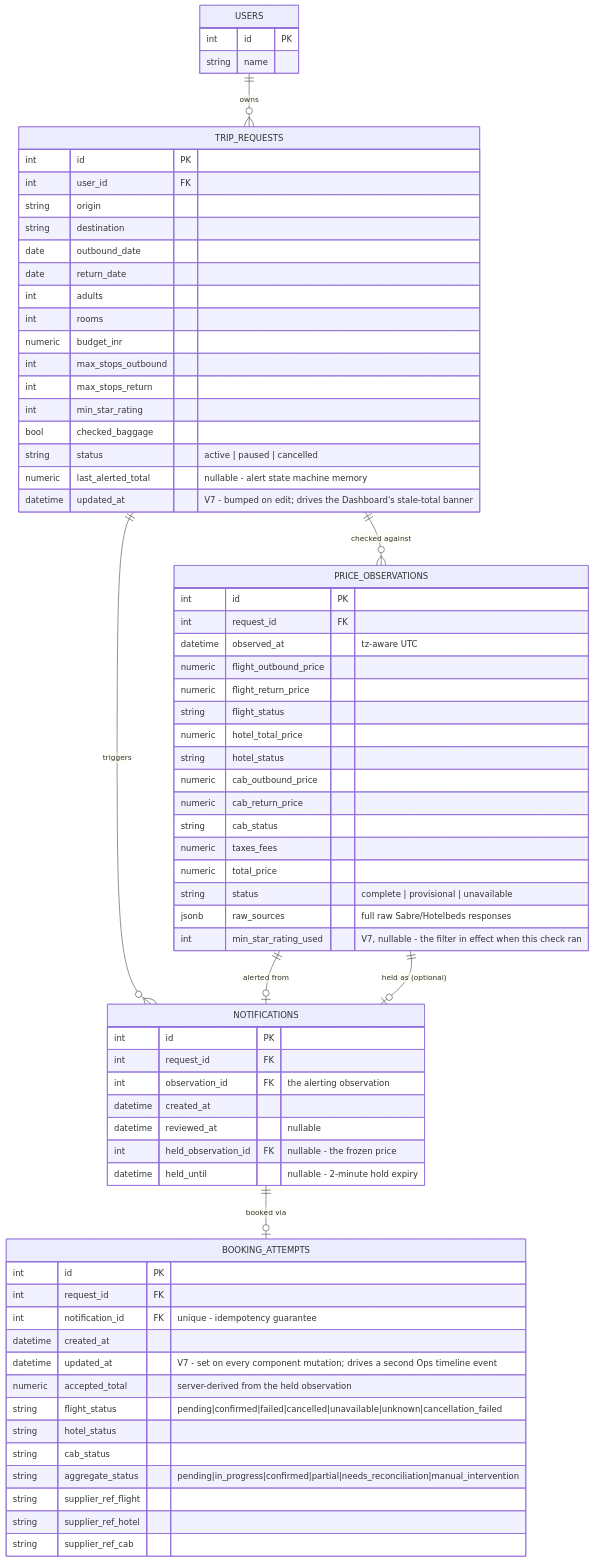
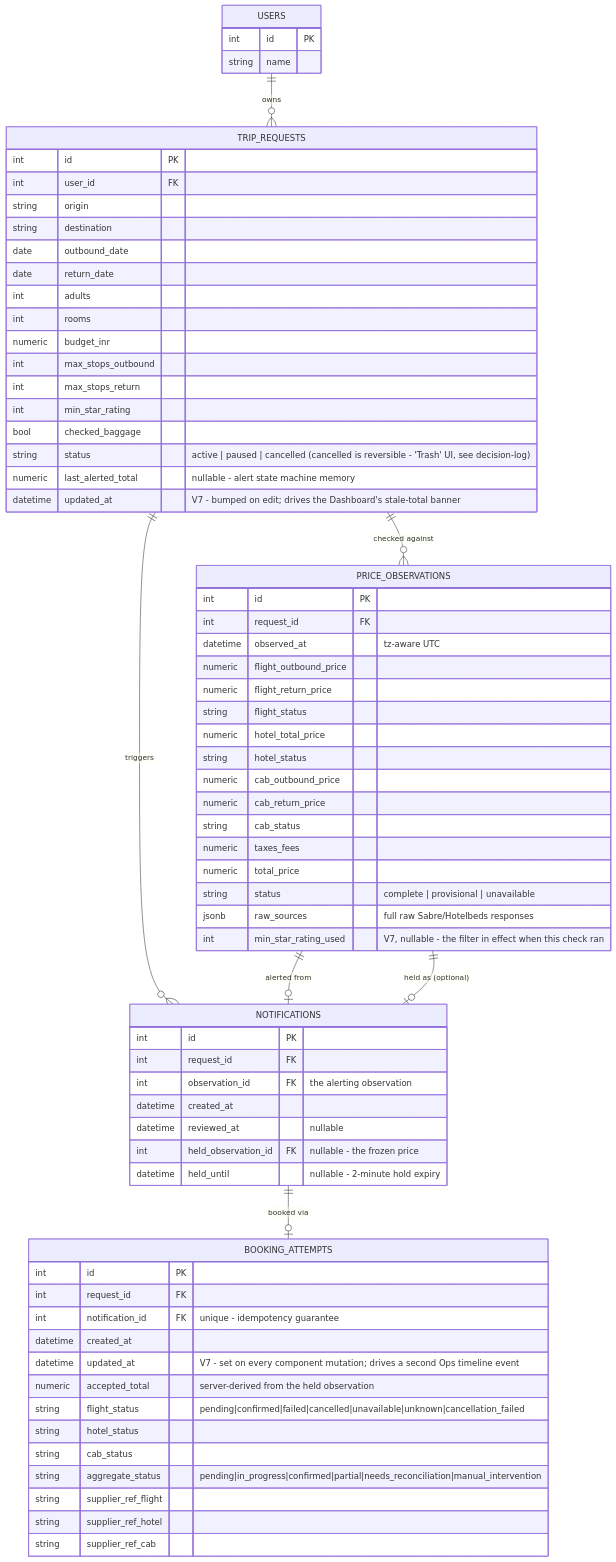
Before and after one commit to abhinavsingh-official/tavora-trip-watch: the second of 3 diagrams in docs/HOW_IT_WORKS.md, drawn with Mermaid. The commit also changed other lines of this file and 11 other files, not shown here.

````diff
--- a/docs/HOW_IT_WORKS.md
+++ b/docs/HOW_IT_WORKS.md
@@ -47,74 +47,74 @@
 ```mermaid
 erDiagram
     USERS ||--o{ TRIP_REQUESTS : owns
     TRIP_REQUESTS ||--o{ PRICE_OBSERVATIONS : "checked against"
     TRIP_REQUESTS ||--o{ NOTIFICATIONS : triggers
     PRICE_OBSERVATIONS ||--o| NOTIFICATIONS : "alerted from"
     PRICE_OBSERVATIONS ||--o| NOTIFICATIONS : "held as (optional)"
     NOTIFICATIONS ||--o| BOOKING_ATTEMPTS : "booked via"
 
     USERS {
         int id PK
         string name
     }
     TRIP_REQUESTS {
         int id PK
         int user_id FK
         string origin
         string destination
         date outbound_date
         date return_date
         int adults
         int rooms
         numeric budget_inr
         int max_stops_outbound
         int max_stops_return
         int min_star_rating
         bool checked_baggage
-        string status "active | paused | cancelled"
+        string status "active | paused | cancelled (cancelled is reversible - 'Trash' UI, see decision-log)"
         numeric last_alerted_total "nullable - alert state machine memory"
         datetime updated_at "V7 - bumped on edit; drives the Dashboard's stale-total banner"
     }
     PRICE_OBSERVATIONS {
         int id PK
         int request_id FK
         datetime observed_at "tz-aware UTC"
         numeric flight_outbound_price
         numeric flight_return_price
         string flight_status
         numeric hotel_total_price
         string hotel_status
         numeric cab_outbound_price
         numeric cab_return_price
         string cab_status
         numeric taxes_fees
         numeric total_price
         string status "complete | provisional | unavailable"
         jsonb raw_sources "full raw Sabre/Hotelbeds responses"
         int min_star_rating_used "V7, nullable - the filter in effect when this check ran"
     }
     NOTIFICATIONS {
         int id PK
         int request_id FK
         int observation_id FK "the alerting observation"
         datetime created_at
         datetime reviewed_at "nullable"
         int held_observation_id FK "nullable - the frozen price"
         datetime held_until "nullable - 2-minute hold expiry"
     }
     BOOKING_ATTEMPTS {
         int id PK
         int request_id FK
         int notification_id FK "unique - idempotency guarantee"
         datetime created_at
         datetime updated_at "V7 - set on every component mutation; drives a second Ops timeline event"
         numeric accepted_total "server-derived from the held observation"
         string flight_status "pending|confirmed|failed|cancelled|unavailable|unknown|cancellation_failed"
         string hotel_status
         string cab_status
         string aggregate_status "pending|in_progress|confirmed|partial|needs_reconciliation|manual_intervention"
         string supplier_ref_flight
         string supplier_ref_hotel
         string supplier_ref_cab
     }
 ```
````
